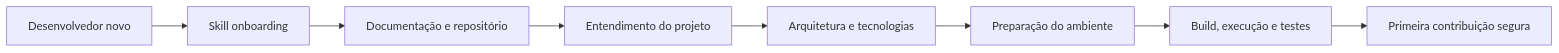
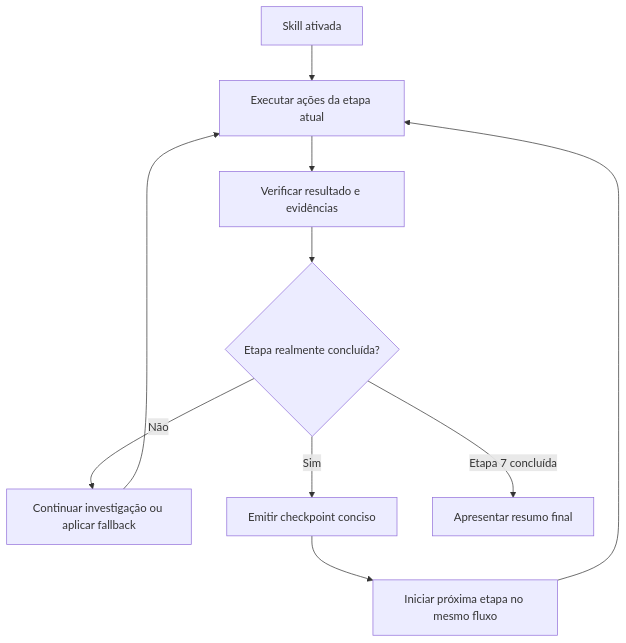
The first of 2 diagrams in .claude/skills/onboarding/README.md (Jibabk/bolaoCopaFifa2027), drawn with Mermaid before and after one commit. The commit also changed other lines of this file and 16 other files, not shown here.

Commit message:
📝 docs(onboarding,readme): atualiza skill de onboarding e documentação do README.md com diagramas Mermaid

````diff
--- a/.claude/skills/onboarding/README.md
+++ b/.claude/skills/onboarding/README.md
@@ -90,10 +61,12 @@
 ```mermaid
-flowchart LR
-    A["Desenvolvedor novo"] --> B["Skill onboarding"]
-    B --> C["Documentação e repositório"]
-    C --> D["Entendimento do projeto"]
-    D --> E["Arquitetura e tecnologias"]
-    E --> F["Preparação do ambiente"]
-    F --> G["Build, execução e testes"]
-    G --> H["Primeira contribuição segura"]
+flowchart TD
+    A[Skill ativada] --> B[Executar ações da etapa atual]
+    B --> C[Verificar resultado e evidências]
+    C --> D{Etapa realmente concluída?}
+    D -->|Não| E[Continuar investigação ou aplicar fallback]
+    E --> B
+    D -->|Sim| F[Emitir checkpoint conciso]
+    F --> G[Iniciar próxima etapa no mesmo fluxo]
+    G --> B
+    D -->|Etapa 7 concluída| H[Apresentar resumo final]
 ```
````
